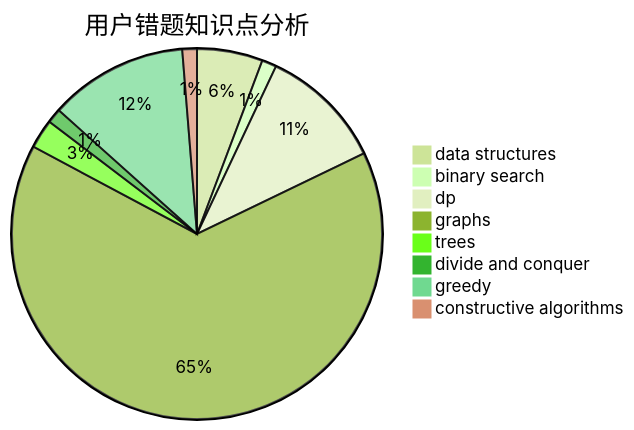
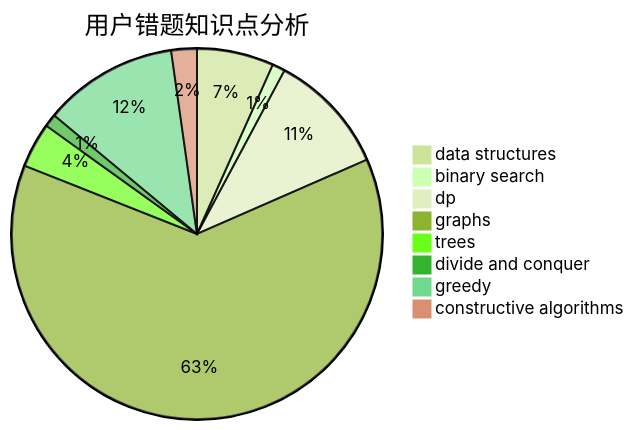
The third of 3 diagrams in docs/user/u1543.md (sherpahu/cfrs.github.io), drawn with Mermaid (forest theme) before and after one commit. The commit also changed other lines of this file and 2770 other files, not shown here.

````diff
--- a/docs/user/u1543.md
+++ b/docs/user/u1543.md
@@ -36,11 +36,11 @@
 ```mermaid
 pie title 用户错题知识点分析
-    "data structures" :  9
+    "data structures" :  12
     "binary search" :  2
-    "dp" :  17
-    "graphs" :  102
-    "trees" :  4
+    "dp" :  19
+    "graphs" :  112
+    "trees" :  7
     "divide and conquer" :  2
-    "greedy" :  19
-    "constructive algorithms" :  2
+    "greedy" :  21
+    "constructive algorithms" :  4
 ```
````
